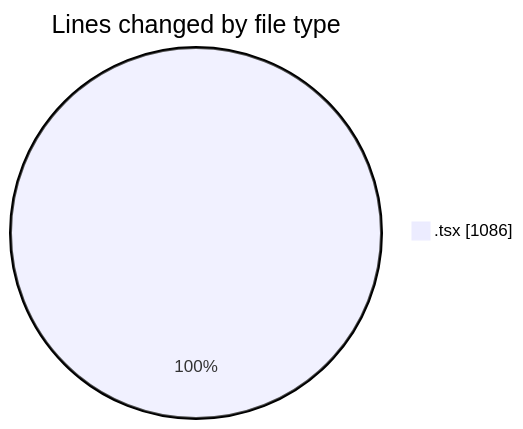
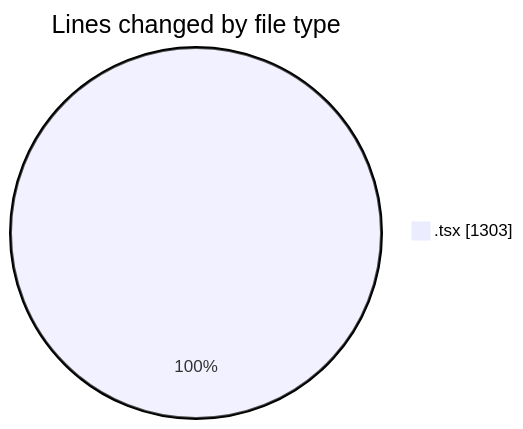
One commit to robertbonfada/code-tracking changed the first of 2 diagrams in 2025-03-11/mbc-web/README.md. Above: the diagram before and after it, drawn with Mermaid. The commit also changed other lines of this file and 1 other file, not shown here.

````diff
--- a/2025-03-11/mbc-web/README.md
+++ b/2025-03-11/mbc-web/README.md
@@ -24,5 +30,5 @@
 ```mermaid
 pie showData
 title Lines changed by file type
-".tsx" : 1086
+".tsx" : 1303
 ```
````
